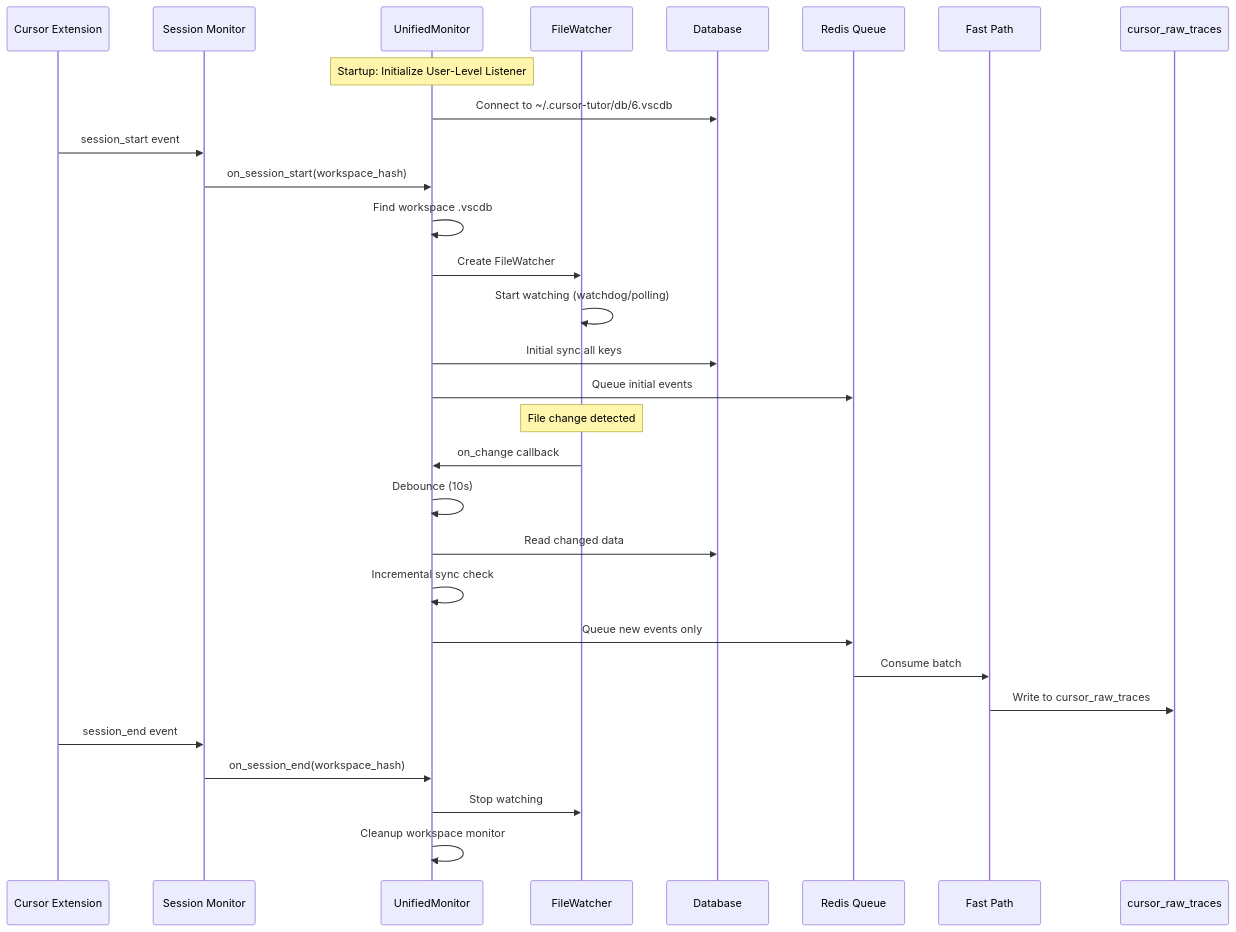
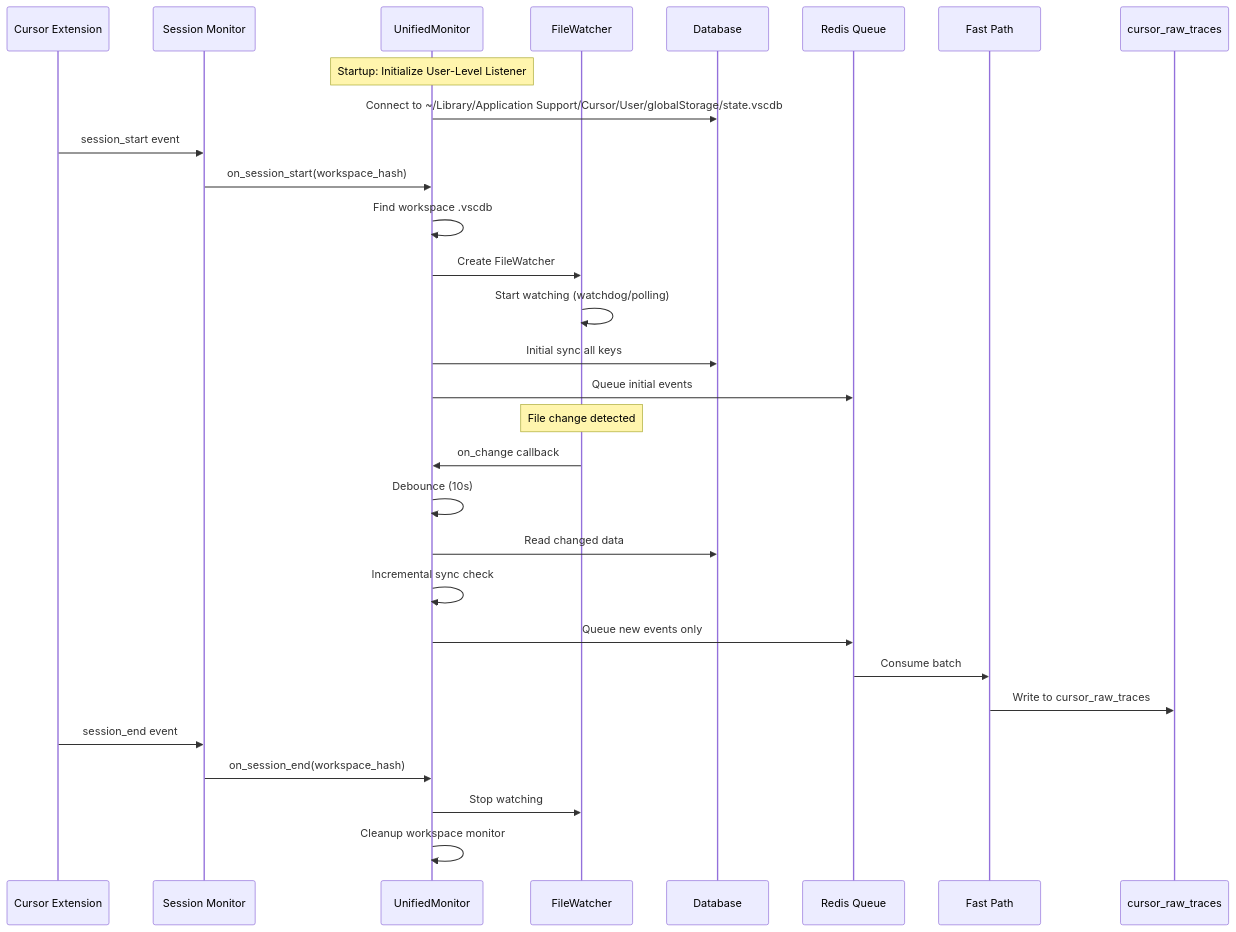
Before and after one commit to aculich/bp-telemetry-experimental: the second of 3 diagrams in docs/CURSOR_RAW_TRACES_CAPTURE.md, drawn with Mermaid. The commit also changed other lines of this file and 4 other files, not shown here.

````diff
--- a/docs/CURSOR_RAW_TRACES_CAPTURE.md
+++ b/docs/CURSOR_RAW_TRACES_CAPTURE.md
@@ -83,37 +83,37 @@
 ```mermaid
 sequenceDiagram
     participant Ext as Cursor Extension
     participant SM as Session Monitor
     participant UM as UnifiedMonitor
     participant FW as FileWatcher
     participant DB as Database
     participant RQ as Redis Queue
     participant FP as Fast Path
     participant CRT as cursor_raw_traces
 
     Note over UM: Startup: Initialize User-Level Listener
-    UM->>DB: Connect to ~/.cursor-tutor/db/6.vscdb
+    UM->>DB: Connect to ~/Library/Application Support/Cursor/User/globalStorage/state.vscdb
 
     Ext->>SM: session_start event
     SM->>UM: on_session_start(workspace_hash)
     UM->>UM: Find workspace .vscdb
     UM->>FW: Create FileWatcher
     FW->>FW: Start watching (watchdog/polling)
     UM->>DB: Initial sync all keys
     UM->>RQ: Queue initial events
 
     Note over FW: File change detected
     FW->>UM: on_change callback
     UM->>UM: Debounce (10s)
     UM->>DB: Read changed data
     UM->>UM: Incremental sync check
     UM->>RQ: Queue new events only
 
     RQ->>FP: Consume batch
     FP->>CRT: Write to cursor_raw_traces
 
     Ext->>SM: session_end event
     SM->>UM: on_session_end(workspace_hash)
     UM->>FW: Stop watching
     UM->>UM: Cleanup workspace monitor
 ```
````
